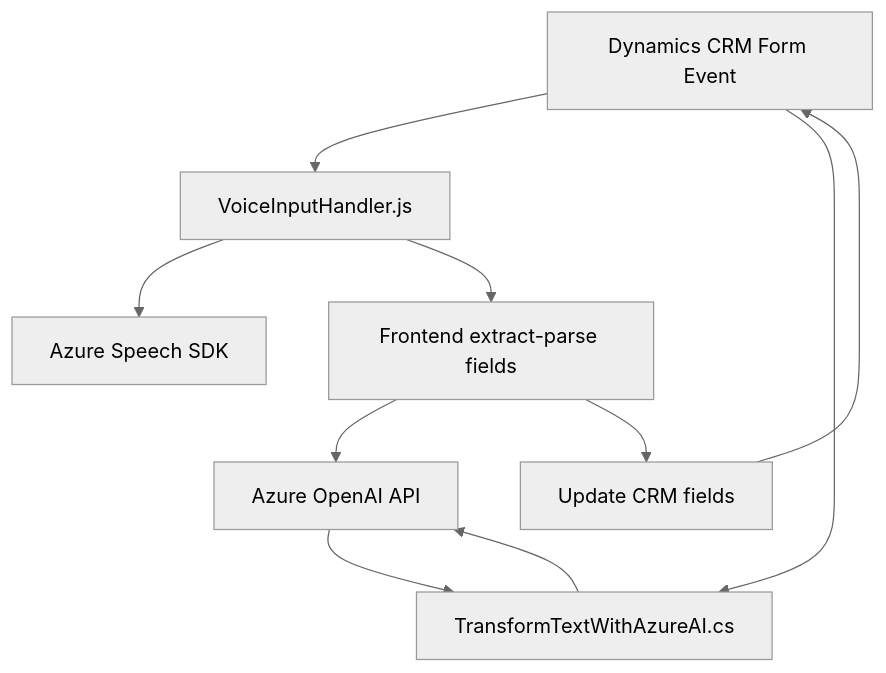
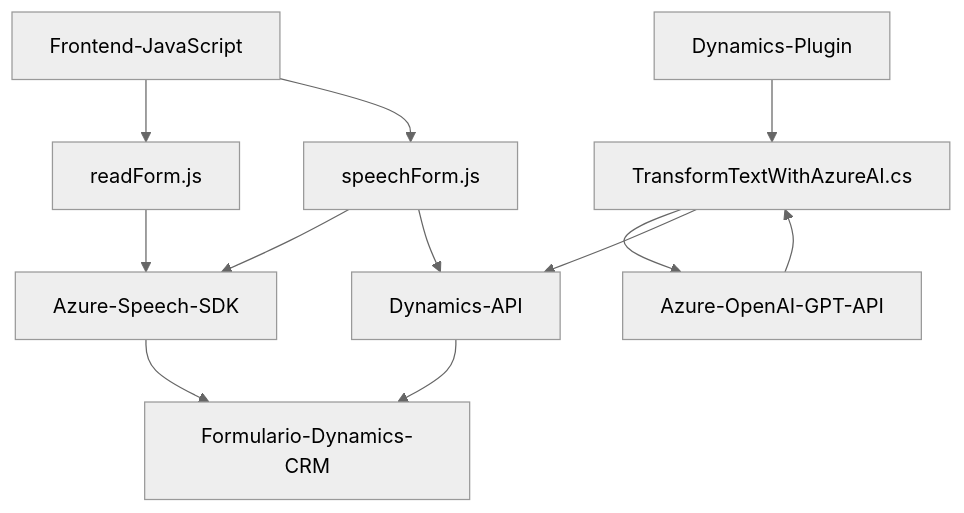
One commit to blopezdm/NETCORE_BILBAO2025 changed the diagram in README.md. Above: the diagram before and after it, drawn with Mermaid (neutral theme). The commit also changed other lines of this file, not shown here.

````diff
--- a/README.md
+++ b/README.md
@@ -32,20 +44,14 @@
 ```mermaid
 graph TD
-    A["Dynamics CRM Form Event"]
-    B["VoiceInputHandler.js"]
-    C["Azure Speech SDK"]
-    D["Frontend extract-parse fields"]
-    E["Update CRM fields"]
-    F["Azure OpenAI API"]
-    G["TransformTextWithAzureAI.cs"]
-
-    A --> B
-    B --> C
-    B --> D
-    D --> F
-    D --> E
-    E --> A
-    A --> G
-    G --> F
-    F --> G
+    A["Frontend-JavaScript"] --> B["readForm.js"]
+    A --> C["speechForm.js"]
+    B --> D["Azure-Speech-SDK"]
+    C --> D["Azure-Speech-SDK"]
+    C --> E["Dynamics-API"]
+    F["Dynamics-Plugin"] --> G["TransformTextWithAzureAI.cs"]
+    G --> H["Azure-OpenAI-GPT-API"]
+    G --> E["Dynamics-API"]
+    E --> I["Formulario-Dynamics-CRM"]
+    D --> I
+    H --> G
 ```
````
